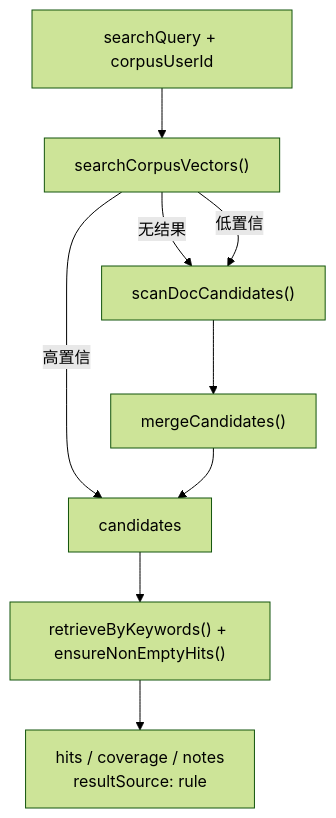
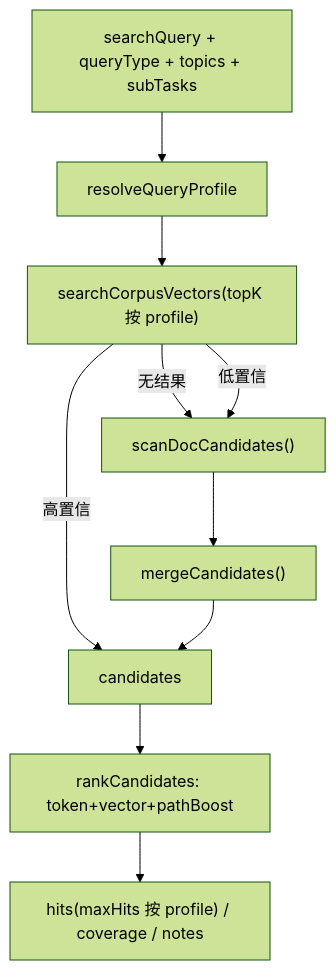
The fifth of 11 diagrams in docs/02-agent-flows.md (panzhanfei/fambrain-agents), drawn with Mermaid (forest theme) before and after one commit. The commit also changed other lines of this file and 15 other files, not shown here.

First line of the commit message:
refactor(km): KM-08/09 queryProfile 分档与 Intake queryType

````diff
--- a/docs/02-agent-flows.md
+++ b/docs/02-agent-flows.md
@@ -157,11 +157,12 @@
 ```mermaid
 flowchart TD
-  IN["searchQuery + corpusUserId"] --> VEC["searchCorpusVectors()"]
+  IN["searchQuery + queryType + topics + subTasks"] --> PROFILE["resolveQueryProfile"]
+  PROFILE --> VEC["searchCorpusVectors(topK 按 profile)"]
   VEC -->|无结果| SCAN["scanDocCandidates()"]
   VEC -->|低置信| SCAN
   VEC -->|高置信| CAND[candidates]
   SCAN --> MERGE["mergeCandidates()"]
   MERGE --> CAND
-  CAND --> RULE["retrieveByKeywords() + ensureNonEmptyHits()"]
-  RULE --> OUT["hits / coverage / notes<br/>resultSource: rule"]
+  CAND --> RULE["rankCandidates: token+vector+pathBoost"]
+  RULE --> OUT["hits(maxHits 按 profile) / coverage / notes"]
 ```
````
